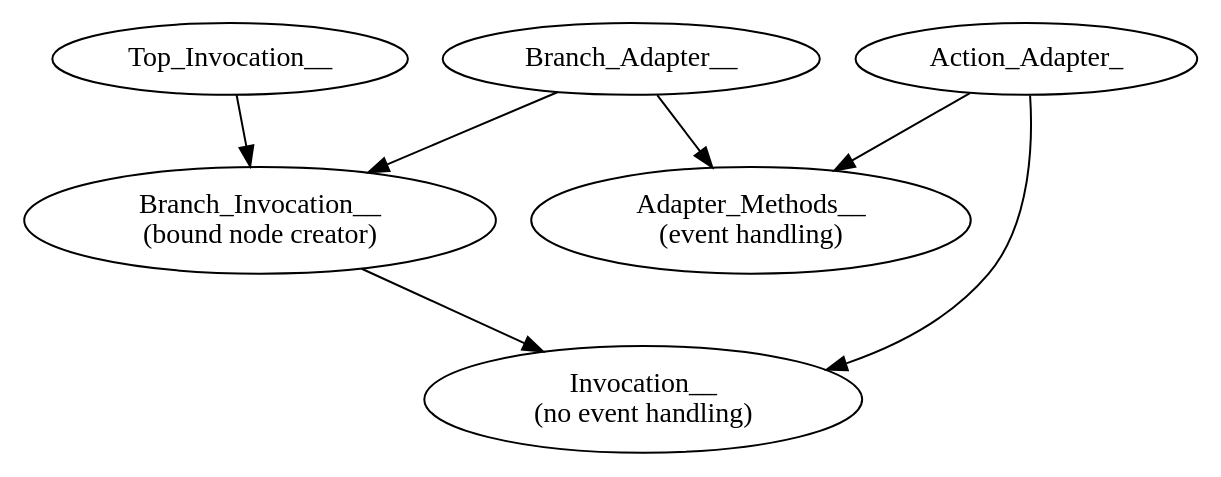
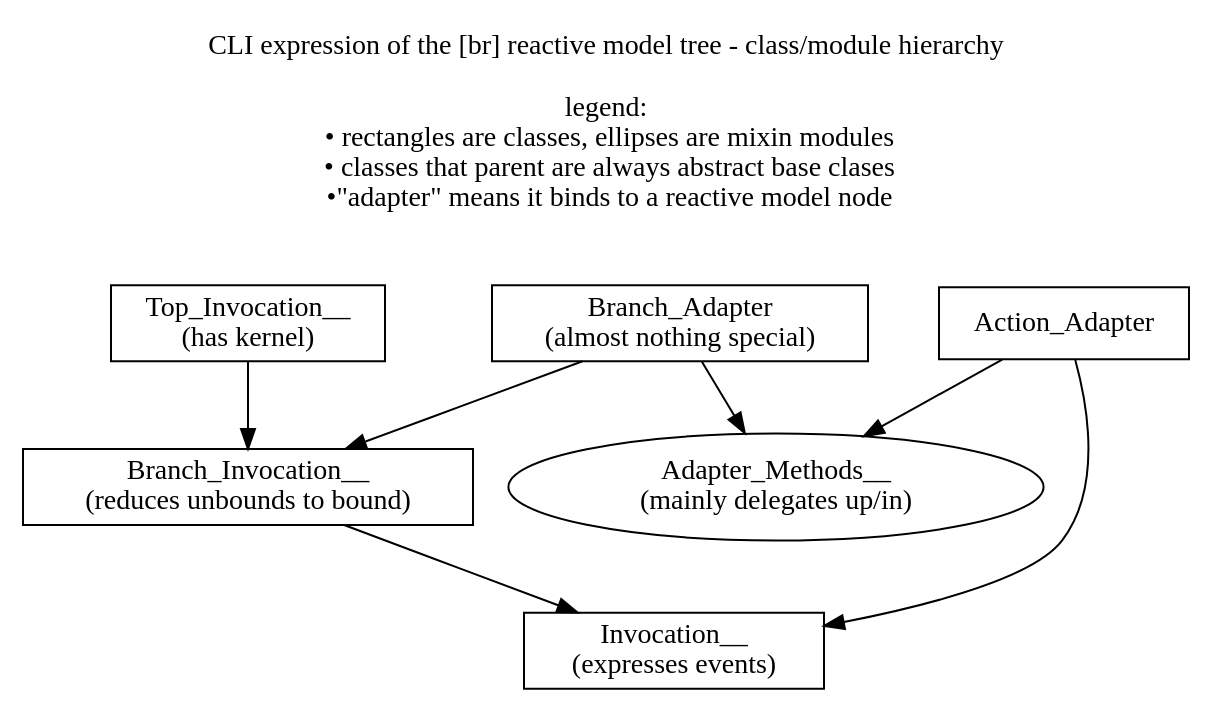
Before and after one commit to hipe/tmx: the diagram in brazen/doc/issues/002-brazen-CLI/class-digraph.dot, drawn with Graphviz. The commit also changed 105 other files, not shown here.

```diff
--- a/brazen/doc/issues/002-brazen-CLI/class-digraph.dot
+++ b/brazen/doc/issues/002-brazen-CLI/class-digraph.dot
@@ -1,21 +1,39 @@
 digraph {
 
-Invocation__ [ label="Invocation__\n(no event handling)" ]
+labelloc="t"
 
-Branch_Invocation__ [ label="Branch_Invocation__\n(bound node creator)" ]
+label="CLI expression of the [br] reactive model tree - class/module hierarchy
 
-Action_Adapter_ -> Invocation__
+legend:
+  • rectangles are classes, ellipses are mixin modules
+  • classes that parent are always abstract base clases
+  •\"adapter\" means it binds to a reactive model node
+
+
+"
+
+Top_Invocation__ [ shape=rect label="Top_Invocation__\n(has kernel)" ]
+
+Top_Invocation__ -> Branch_Invocation__
+
+Branch_Invocation__ [ shape=rect label="Branch_Invocation__\n(reduces unbounds to bound)" ]
 
 Branch_Invocation__ -> Invocation__
 
-Top_Invocation__ -> Branch_Invocation__
+Invocation__ [ shape=rect label="Invocation__\n(expresses events)" ]
 
-Branch_Adapter__ -> Branch_Invocation__
+Action_Adapter [ shape=rect ]
 
-Adapter_Methods__ [ label="Adapter_Methods__\n(event handling)" ]
+Action_Adapter -> Invocation__
 
-Branch_Adapter__ -> Adapter_Methods__
+Branch_Adapter [ shape=rect label="Branch_Adapter\n(almost nothing special)" ]
 
-Action_Adapter_ -> Adapter_Methods__
+Branch_Adapter -> Branch_Invocation__
+
+Adapter_Methods__ [ label="Adapter_Methods__\n(mainly delegates up/in)" ]
+
+Branch_Adapter -> Adapter_Methods__
+
+Action_Adapter -> Adapter_Methods__
 
 }
```
